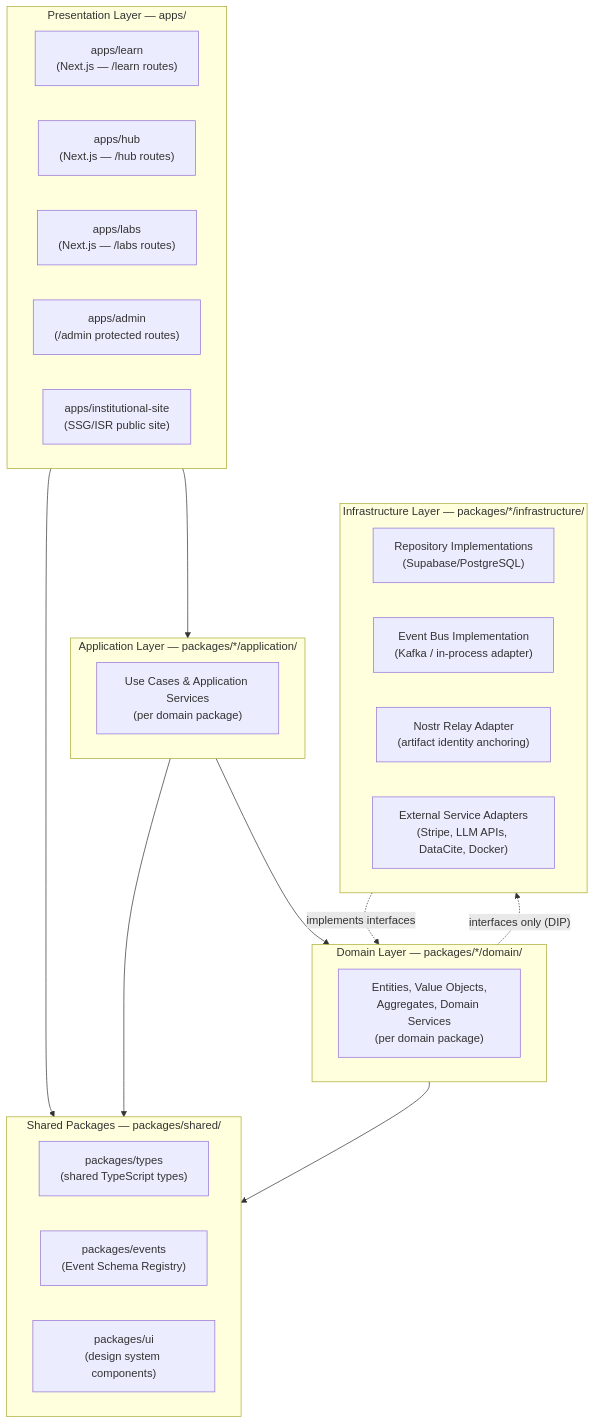
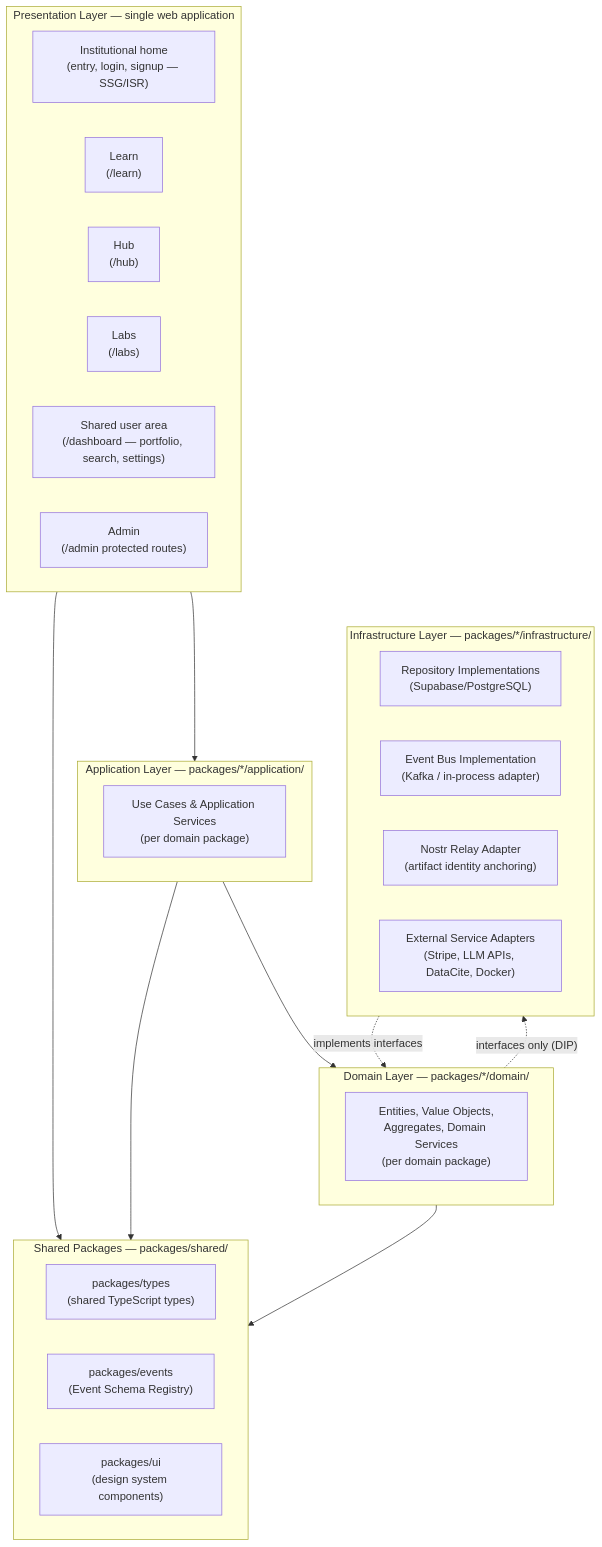
Before and after one commit to syntropy-cc/syntropy-platform: the fourth of 4 diagrams in docs/architecture/ARCHITECTURE.md, drawn with Mermaid. The commit also changed other lines of this file and 7 other files, not shown here.

First line of the commit message:
Update Architecture Documentation to Define Platform as Technical Foundation

````diff
--- a/docs/architecture/ARCHITECTURE.md
+++ b/docs/architecture/ARCHITECTURE.md
@@ -328,39 +343,40 @@
 ```mermaid
 graph TB
-    subgraph presentation [Presentation Layer — apps/]
-        LEARN_APP2["apps/learn\n(Next.js — /learn routes)"]
-        HUB_APP2["apps/hub\n(Next.js — /hub routes)"]
-        LABS_APP2["apps/labs\n(Next.js — /labs routes)"]
-        ADMIN_APP["apps/admin\n(/admin protected routes)"]
-        INST_SITE2["apps/institutional-site\n(SSG/ISR public site)"]
+    subgraph presentation [Presentation Layer — single web application]
+        INST_SITE2["Institutional home\n(entry, login, signup — SSG/ISR)"]
+        LEARN_APP2["Learn\n(/learn)"]
+        HUB_APP2["Hub\n(/hub)"]
+        LABS_APP2["Labs\n(/labs)"]
+        DASH_APP2["Shared user area\n(/dashboard — portfolio, search, settings)"]
+        ADMIN_APP2["Admin\n(/admin protected routes)"]
     end
 
     subgraph application [Application Layer — packages/*/application/]
         APP_SVC["Use Cases & Application Services\n(per domain package)"]
     end
 
     subgraph domain [Domain Layer — packages/*/domain/]
         DOM_ENT["Entities, Value Objects,\nAggregates, Domain Services\n(per domain package)"]
     end
 
     subgraph infra [Infrastructure Layer — packages/*/infrastructure/]
         REPOS["Repository Implementations\n(Supabase/PostgreSQL)"]
         EVENT_BUS_IMPL["Event Bus Implementation\n(Kafka / in-process adapter)"]
         NOSTR_ADAPTER["Nostr Relay Adapter\n(artifact identity anchoring)"]
         EXTERNAL_ADAPTERS["External Service Adapters\n(Stripe, LLM APIs, DataCite, Docker)"]
     end
 
     subgraph shared [Shared Packages — packages/shared/]
         TYPES["packages/types\n(shared TypeScript types)"]
         EVENTS["packages/events\n(Event Schema Registry)"]
         UI_LIB["packages/ui\n(design system components)"]
     end
 
     presentation --> application
     application --> domain
     domain -.->|"interfaces only (DIP)"| infra
     infra -.->|"implements interfaces"| domain
     presentation --> shared
     application --> shared
     domain --> shared
 ```
````
